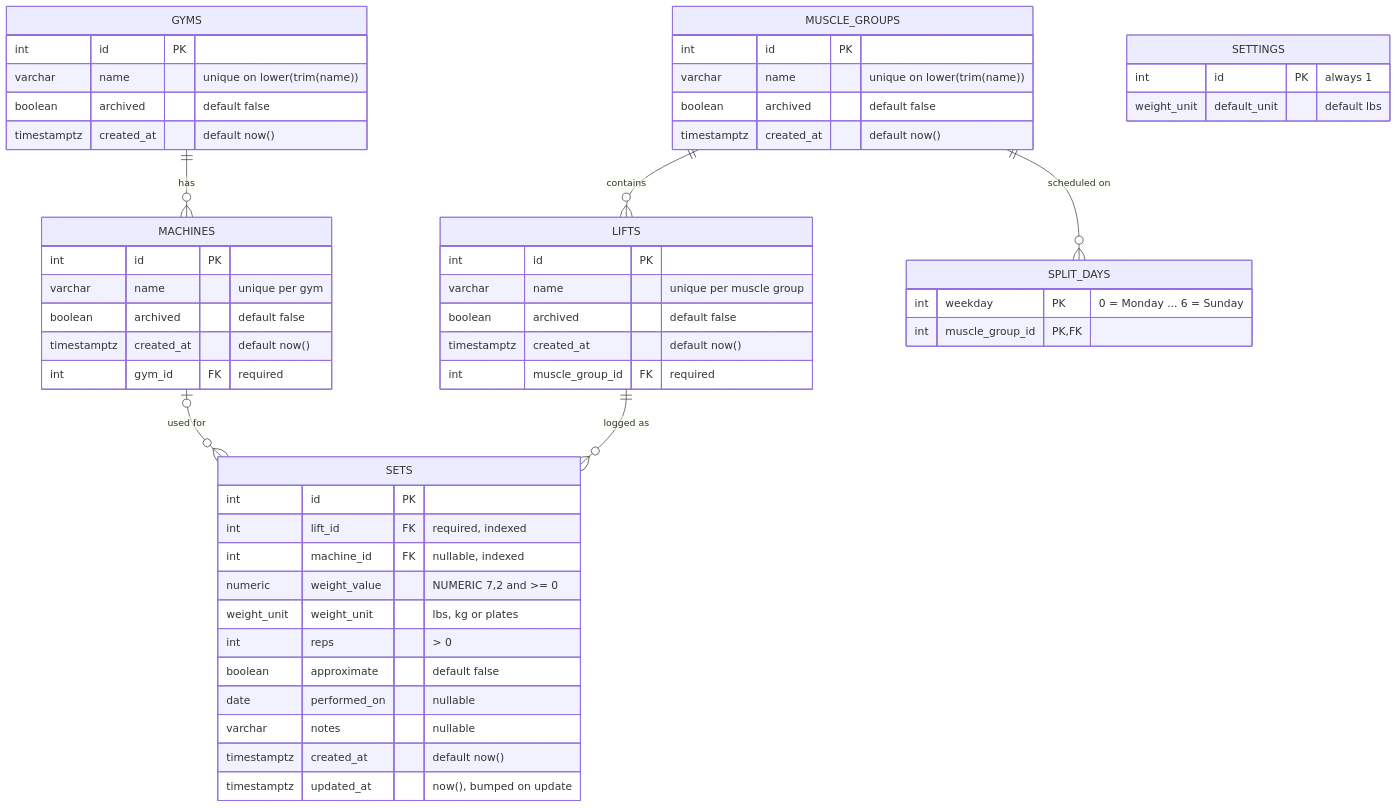
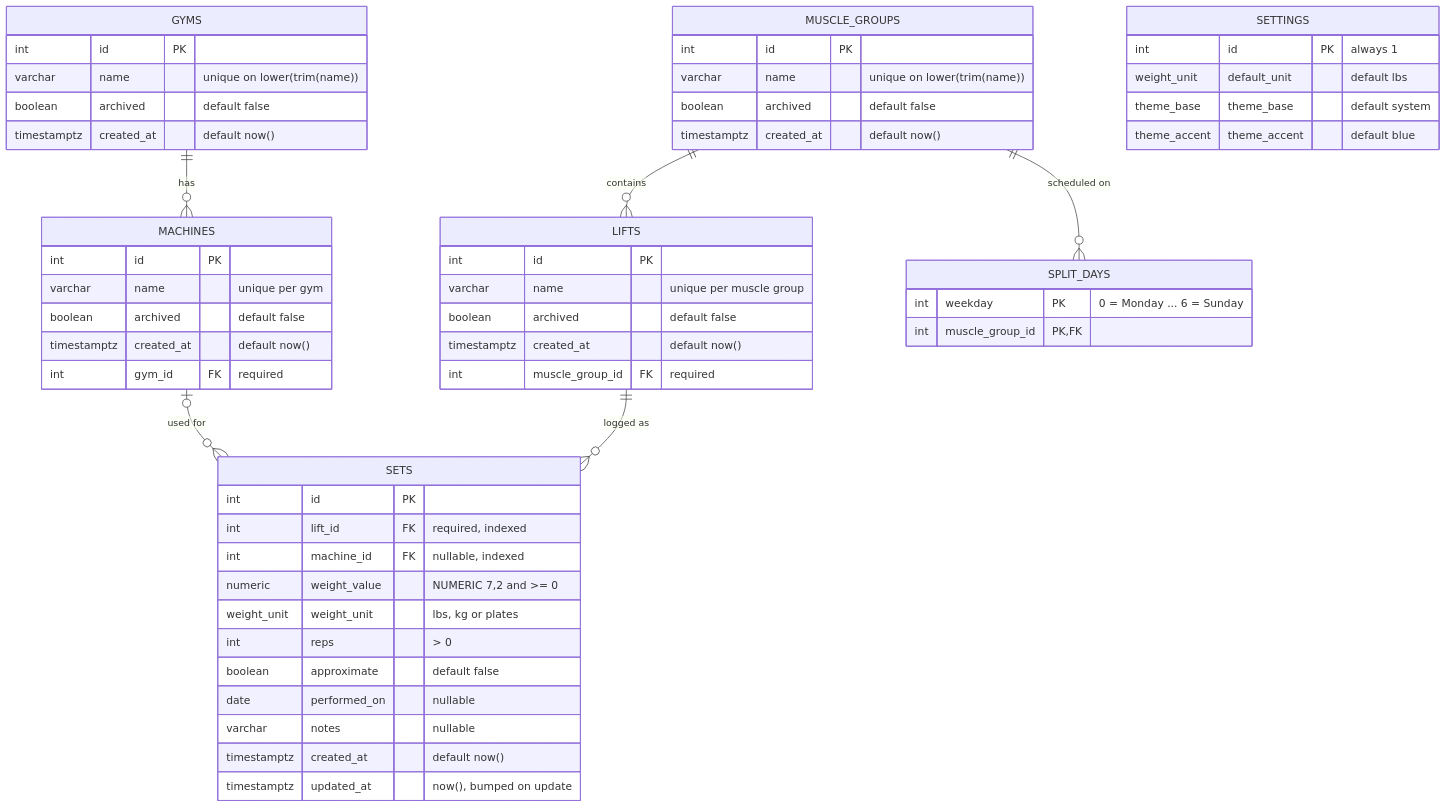
The diagram in docs/03-database/README.md (coopermay/fitness-tracker), drawn with Mermaid before and after one commit. The commit also changed 46 other files, not shown here.

````diff
--- a/docs/03-database/README.md
+++ b/docs/03-database/README.md
@@ -9,56 +9,58 @@
 ```mermaid
 erDiagram
     GYMS ||--o{ MACHINES : "has"
     MUSCLE_GROUPS ||--o{ LIFTS : "contains"
     MUSCLE_GROUPS ||--o{ SPLIT_DAYS : "scheduled on"
     LIFTS ||--o{ SETS : "logged as"
     MACHINES |o--o{ SETS : "used for"
 
     GYMS {
         int id PK
         varchar name "unique on lower(trim(name))"
         boolean archived "default false"
         timestamptz created_at "default now()"
     }
     MUSCLE_GROUPS {
         int id PK
         varchar name "unique on lower(trim(name))"
         boolean archived "default false"
         timestamptz created_at "default now()"
     }
     LIFTS {
         int id PK
         varchar name "unique per muscle group"
         boolean archived "default false"
         timestamptz created_at "default now()"
         int muscle_group_id FK "required"
     }
     MACHINES {
         int id PK
         varchar name "unique per gym"
         boolean archived "default false"
         timestamptz created_at "default now()"
         int gym_id FK "required"
     }
     SETS {
         int id PK
         int lift_id FK "required, indexed"
         int machine_id FK "nullable, indexed"
         numeric weight_value "NUMERIC 7,2 and >= 0"
         weight_unit weight_unit "lbs, kg or plates"
         int reps "> 0"
         boolean approximate "default false"
         date performed_on "nullable"
         varchar notes "nullable"
         timestamptz created_at "default now()"
         timestamptz updated_at "now(), bumped on update"
     }
     SETTINGS {
         int id PK "always 1"
         weight_unit default_unit "default lbs"
+        theme_base theme_base "default system"
+        theme_accent theme_accent "default blue"
     }
     SPLIT_DAYS {
         int weekday PK "0 = Monday ... 6 = Sunday"
         int muscle_group_id PK, FK
     }
 ```
````
